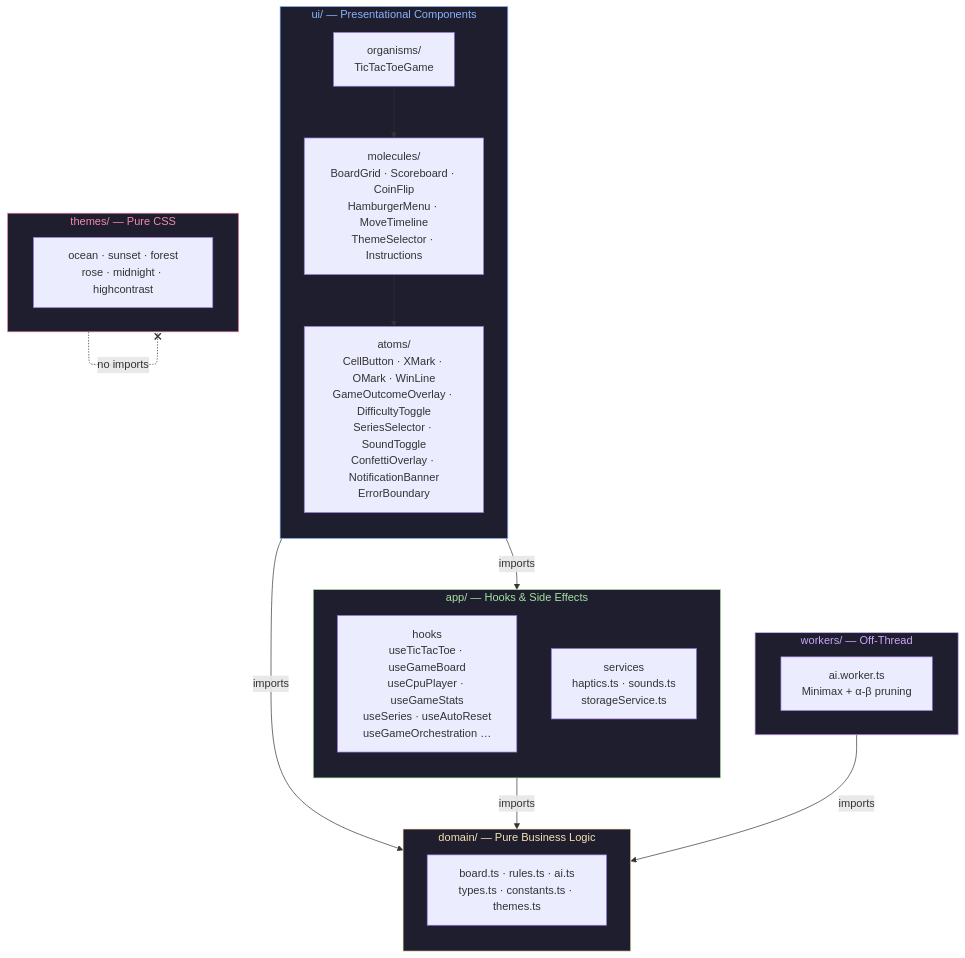
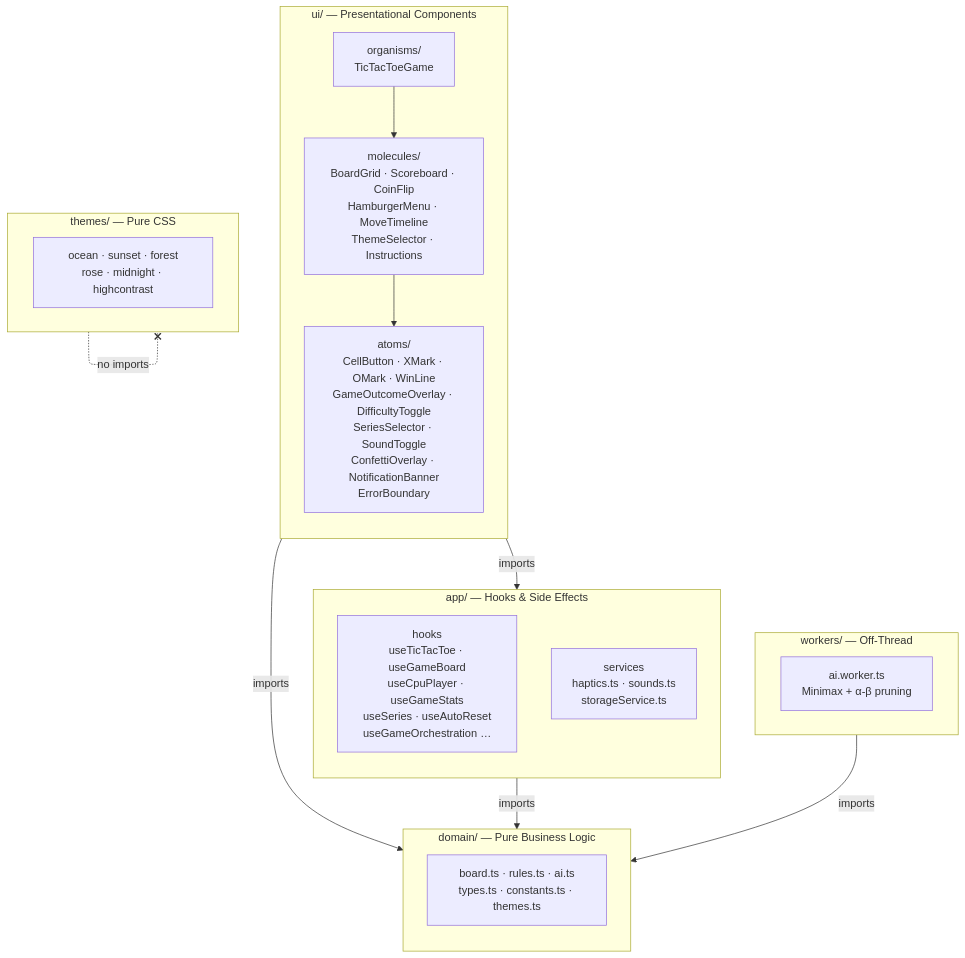
The first of 9 diagrams in README.md (scottdreinhart/tictactoe), drawn with Mermaid before and after one commit. The commit also changed other lines of this file and 10 other files, not shown here.

Commit message:
style: remove gradients and diagram color overrides

````diff
--- a/README.md
+++ b/README.md
@@ -357,41 +357,35 @@
 ```mermaid
 graph TD
   subgraph UI["ui/ — Presentational Components"]
     direction TB
     organisms["organisms/\nTicTacToeGame"]
     molecules["molecules/\nBoardGrid · Scoreboard · CoinFlip\nHamburgerMenu · MoveTimeline\nThemeSelector · Instructions"]
     atoms["atoms/\nCellButton · XMark · OMark · WinLine\nGameOutcomeOverlay · DifficultyToggle\nSeriesSelector · SoundToggle\nConfettiOverlay · NotificationBanner\nErrorBoundary"]
     organisms --> molecules --> atoms
   end
 
   subgraph APP["app/ — Hooks & Side Effects"]
     direction TB
     hooks["hooks\nuseTicTacToe · useGameBoard\nuseCpuPlayer · useGameStats\nuseSeries · useAutoReset\nuseGameOrchestration …"]
     services["services\nhaptics.ts · sounds.ts\nstorageService.ts"]
   end
 
   subgraph DOMAIN["domain/ — Pure Business Logic"]
     direction TB
     core["board.ts · rules.ts · ai.ts\ntypes.ts · constants.ts · themes.ts"]
   end
 
   subgraph WORKERS["workers/ — Off-Thread"]
     worker["ai.worker.ts\nMinimax + α-β pruning"]
   end
 
   subgraph THEMES["themes/ — Pure CSS"]
     css["ocean · sunset · forest\nrose · midnight · highcontrast"]
   end
 
   UI -->|imports| APP
   UI -->|imports| DOMAIN
   APP -->|imports| DOMAIN
   WORKERS -->|imports| DOMAIN
   THEMES -.-x|no imports| THEMES
-
-  style UI fill:#1e1e2e,color:#89b4fa,stroke:#89b4fa
-  style APP fill:#1e1e2e,color:#a6e3a1,stroke:#a6e3a1
-  style DOMAIN fill:#1e1e2e,color:#f9e2af,stroke:#f9e2af
-  style WORKERS fill:#1e1e2e,color:#cba6f7,stroke:#cba6f7
-  style THEMES fill:#1e1e2e,color:#f38ba8,stroke:#f38ba8
 ```
````
